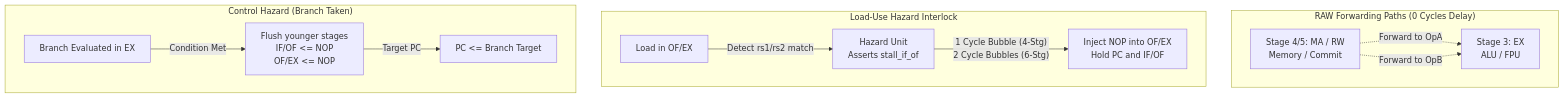
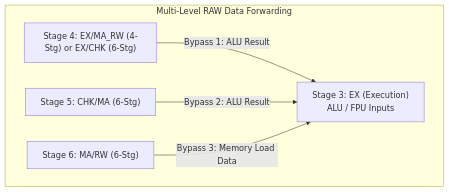
The second of 4 diagrams in docs/pipeline.md (garv-iitr/Monolith), drawn with Mermaid before and after one commit. The commit also changed other lines of this file and 7 other files, not shown here.

````diff
--- a/docs/pipeline.md
+++ b/docs/pipeline.md
@@ -65,19 +103,14 @@
 ```mermaid
 graph TD
-    subgraph ForwardingLoop [" RAW Forwarding Paths (0 Cycles Delay) "]
-        EX["Stage 3: EX<br/>ALU / FPU"]
-        MEM["Stage 4/5: MA / RW<br/>Memory / Commit"]
-        MEM -.->|"Forward to OpA"| EX
-        MEM -.->|"Forward to OpB"| EX
-    end
-
-    subgraph HazardStall [" Load-Use Hazard Interlock "]
-        LOAD["Load in OF/EX"] -->|"Detect rs1/rs2 match"| STALL["Hazard Unit<br/>Asserts stall_if_of"]
-        STALL -->|"1 Cycle Bubble (4-Stg)<br/>2 Cycle Bubbles (6-Stg)"| BUBBLE["Inject NOP into OF/EX<br/>Hold PC and IF/OF"]
-    end
-
-    subgraph BranchFlush [" Control Hazard (Branch Taken) "]
-        BR["Branch Evaluated in EX"] -->|"Condition Met"| FLUSH["Flush younger stages<br/>IF/OF <= NOP<br/>OF/EX <= NOP"]
-        FLUSH -->|"Target PC"| NEXT_PC["PC <= Branch Target"]
+    subgraph ForwardingNetwork [" Multi-Level RAW Data Forwarding "]
+        EX["Stage 3: EX (Execution)<br/>ALU / FPU Inputs"]
+        
+        L1["Stage 4: EX/MA_RW (4-Stg) or EX/CHK (6-Stg)"]
+        L2["Stage 5: CHK/MA (6-Stg)"]
+        L3["Stage 6: MA/RW (6-Stg)"]
+        
+        L1 -->|"Bypass 1: ALU Result"| EX
+        L2 -->|"Bypass 2: ALU Result"| EX
+        L3 -->|"Bypass 3: Memory Load Data"| EX
     end
 ```
````
